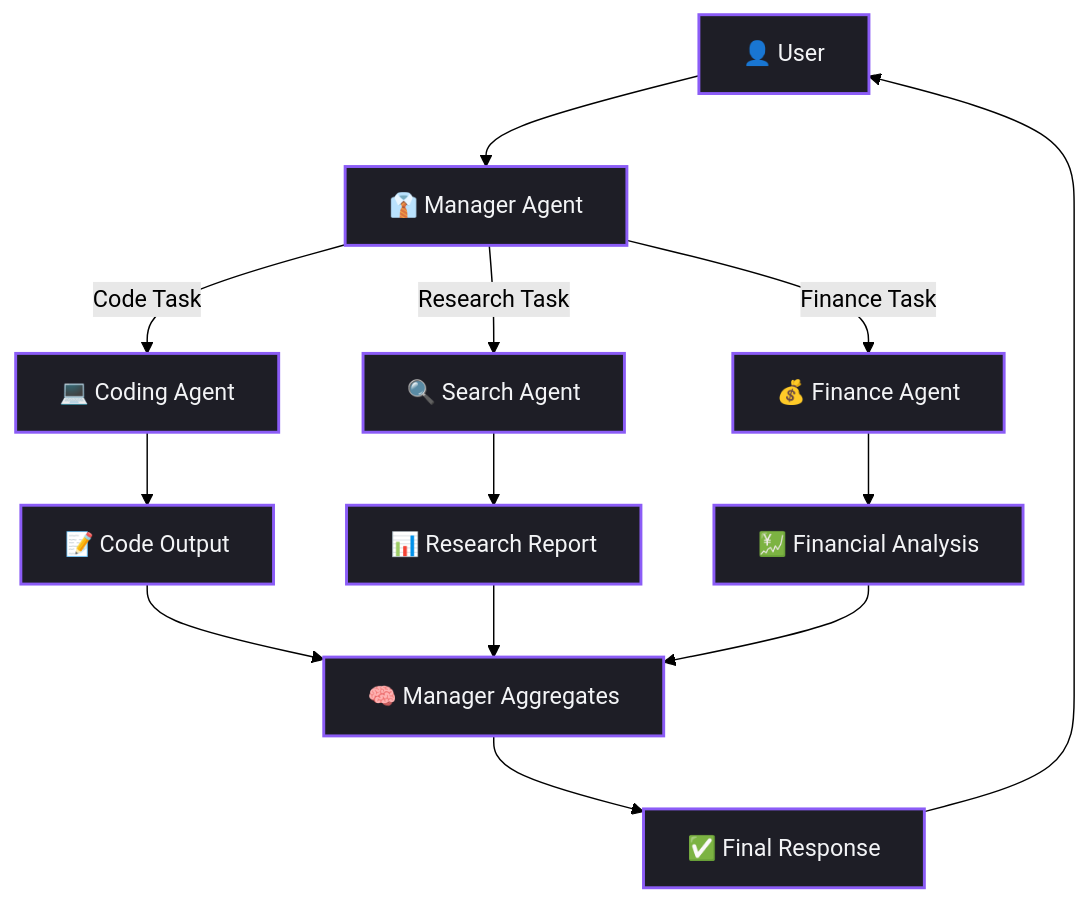
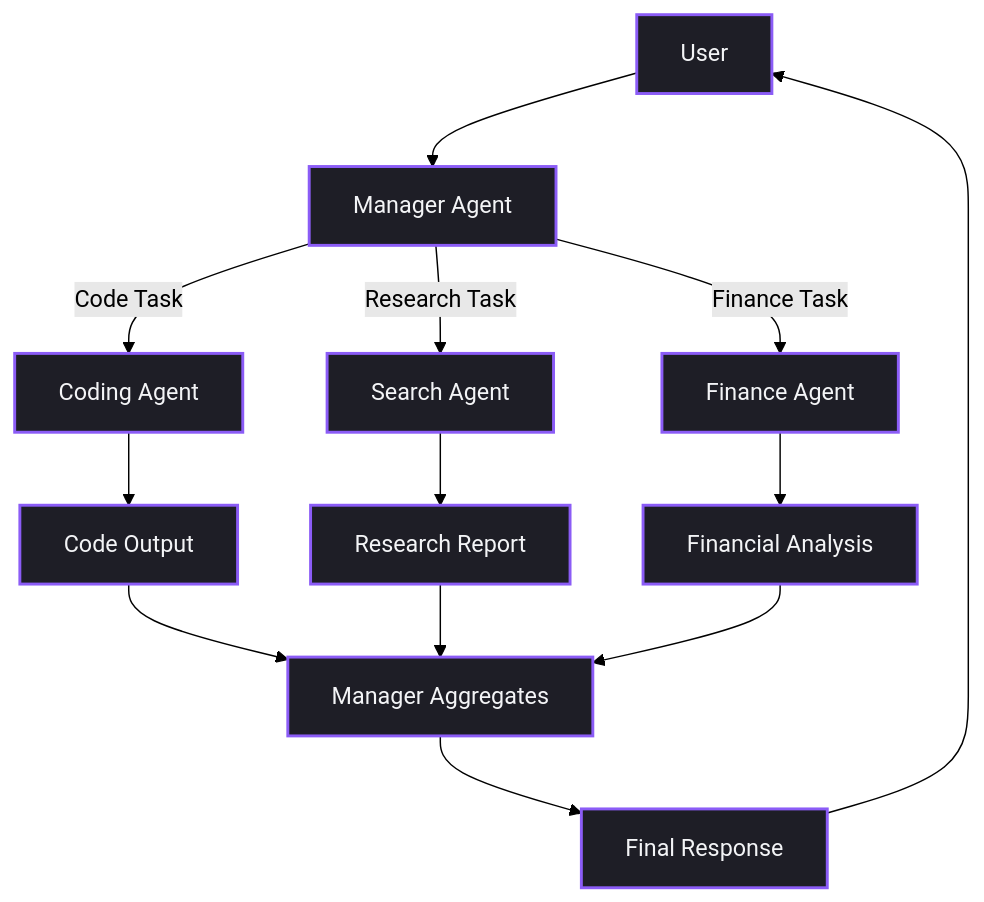
One commit to Rabetul-islam-asif/AI-Hand-Book changed the fourth of 7 diagrams in handbook/chapter_33.md. Above: the diagram before and after it, drawn with Mermaid (forest theme). The commit also changed other lines of this file and 1 other file, not shown here.

````diff
--- a/handbook/chapter_33.md
+++ b/handbook/chapter_33.md
@@ -122,17 +122,17 @@
 ```mermaid
 flowchart TD
-    A["👤 User"] --> B["👔 Manager Agent"]
-    B -->|"Code Task"| C["💻 Coding Agent"]
-    B -->|"Research Task"| D["🔍 Search Agent"]
-    B -->|"Finance Task"| E["💰 Finance Agent"]
-    C --> F["📝 Code Output"]
-    D --> G["📊 Research Report"]
-    E --> H["💹 Financial Analysis"]
-    F --> I["🧠 Manager Aggregates"]
+    A[" User"] --> B[" Manager Agent"]
+    B -->|"Code Task"| C[" Coding Agent"]
+    B -->|"Research Task"| D[" Search Agent"]
+    B -->|"Finance Task"| E[" Finance Agent"]
+    C --> F[" Code Output"]
+    D --> G[" Research Report"]
+    E --> H[" Financial Analysis"]
+    F --> I[" Manager Aggregates"]
     G --> I
     H --> I
-    I --> J["✅ Final Response"]
+    I --> J[" Final Response"]
     J --> A
 
     classDef default fill:#1E1E26,stroke:#8B5CF6,stroke-width:2px,color:#F3F4F6;
 ```
````
